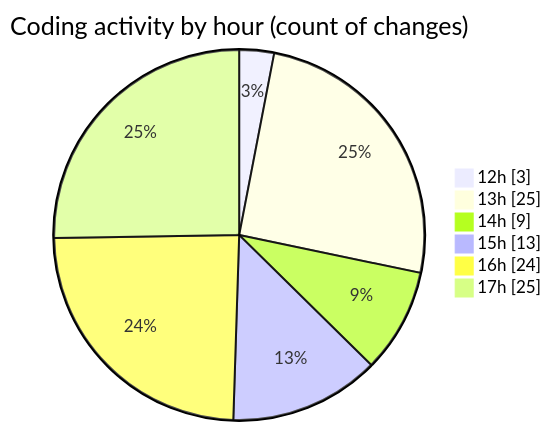
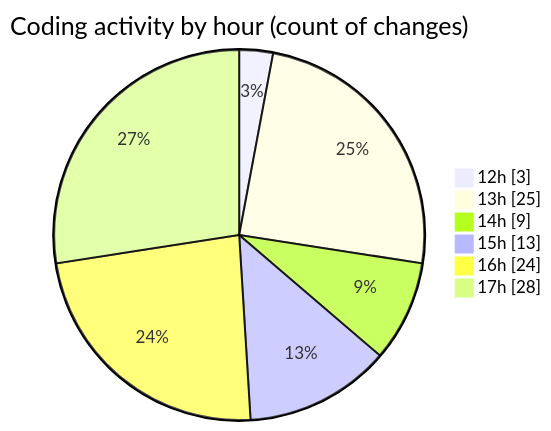
The second of 2 diagrams in 2025-09-26/nxtqube_webapp/README.md (nxtqubesakshisongat/code-tracking), drawn with Mermaid before and after one commit. The commit also changed other lines of this file and 1 other file, not shown here.

````diff
--- a/2025-09-26/nxtqube_webapp/README.md
+++ b/2025-09-26/nxtqube_webapp/README.md
@@ -36,10 +36,10 @@
 ```mermaid
 pie showData
 title Coding activity by hour (count of changes)
 "12h" : 3
 "13h" : 25
 "14h" : 9
 "15h" : 13
 "16h" : 24
-"17h" : 25
+"17h" : 28
 ```
````
